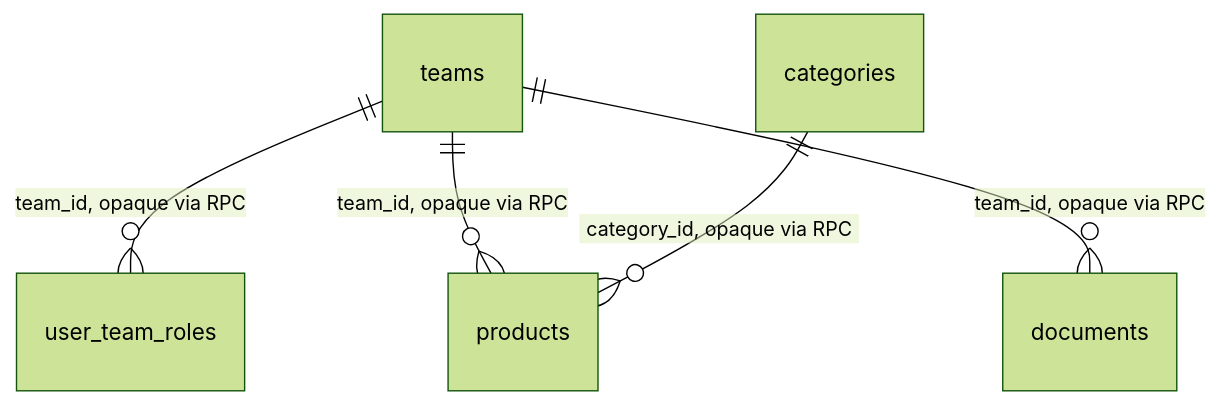
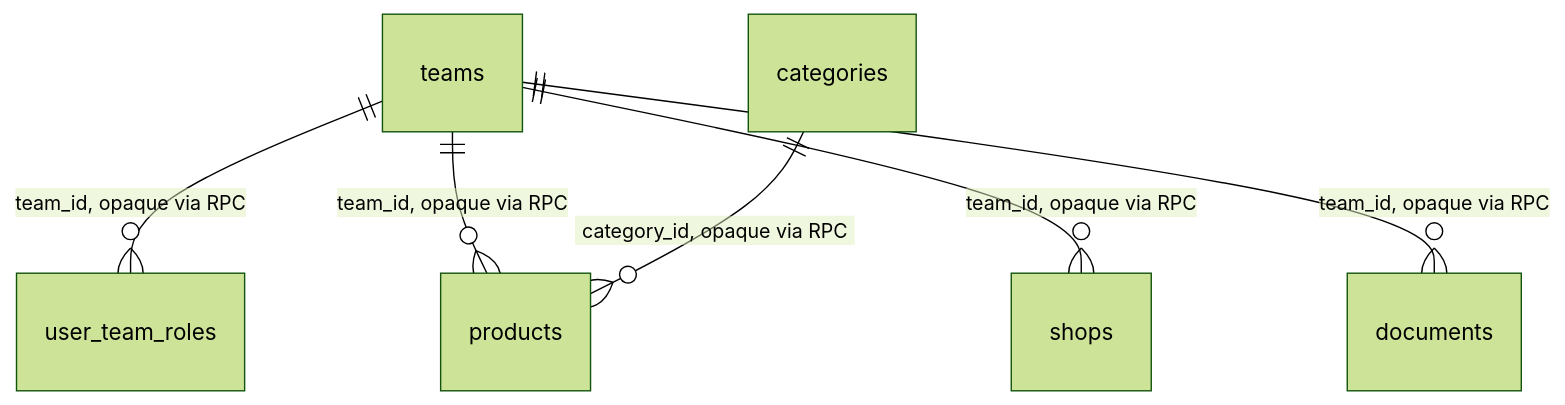
The eighth of 8 diagrams in docs/database-schema.md (pdcgo/warehouse_revamp), drawn with Mermaid (forest theme) before and after one commit. The commit also changed other lines of this file and 34 other files, not shown here.

````diff
--- a/docs/database-schema.md
+++ b/docs/database-schema.md
@@ -236,7 +262,8 @@
 ```mermaid
 erDiagram
     teams ||--o{ user_team_roles : "team_id, opaque via RPC"
     teams ||--o{ products : "team_id, opaque via RPC"
+    teams ||--o{ shops : "team_id, opaque via RPC"
     teams ||--o{ documents : "team_id, opaque via RPC"
     categories ||--o{ products : "category_id, opaque via RPC"
 ```
````
